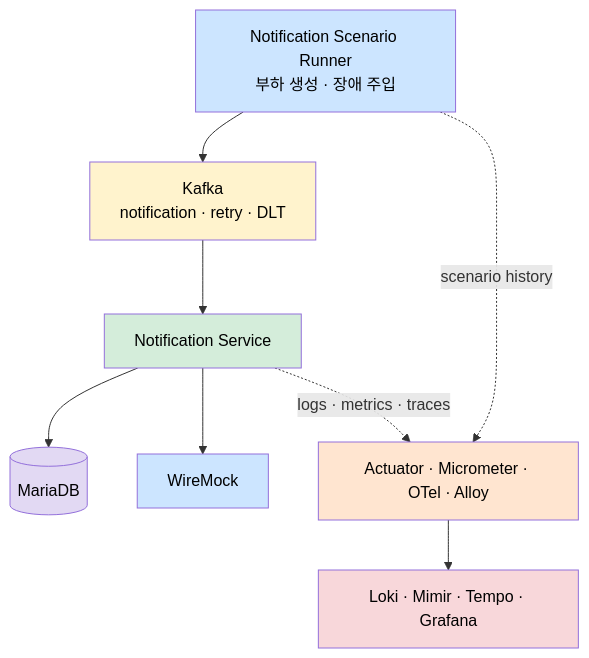
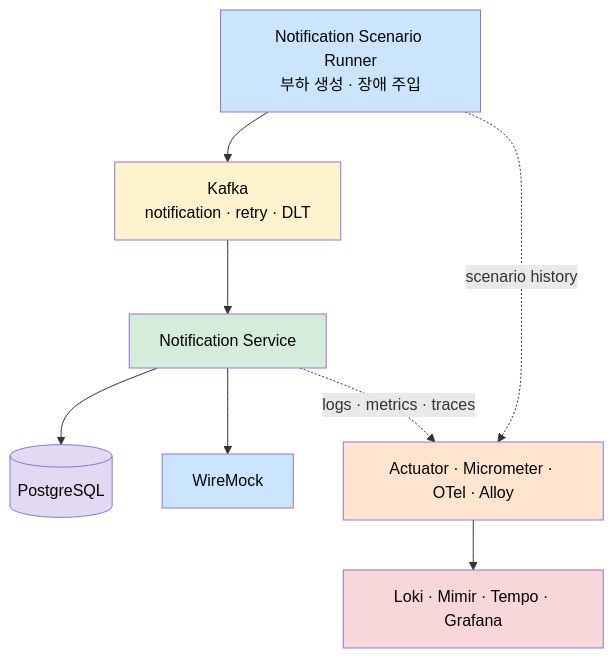
One commit to scofe97/notification-lab changed the first of 8 diagrams in observability/docs/01-architecture.md. Above: the diagram before and after it, drawn with Mermaid. The commit also changed other lines of this file and 2 other files, not shown here.

First line of the commit message:
docs: 관측 스터디 계획 — DB를 PostgreSQL로 통일, 주차별 아키텍처 설명·관측 키워드 추가

````diff
--- a/observability/docs/01-architecture.md
+++ b/observability/docs/01-architecture.md
@@ -7,22 +7,22 @@
 ```mermaid
 flowchart TB
     SR["Notification Scenario Runner<br/>부하 생성 · 장애 주입"]
     K["Kafka<br/>notification · retry · DLT"]
     APP["Notification Service"]
-    DB[("MariaDB")]
+    DB[("PostgreSQL")]
     EXT["WireMock"]
     OBS["Actuator · Micrometer · OTel · Alloy"]
     LGMT["Loki · Mimir · Tempo · Grafana"]
     SR --> K --> APP
     APP --> DB
     APP --> EXT
     SR -. "scenario history" .-> OBS
     APP -. "logs · metrics · traces" .-> OBS --> LGMT
     style SR fill:#cce5ff,color:#000
     style K fill:#fff3cd,color:#000
     style APP fill:#d4edda,color:#000
     style DB fill:#e2d9f3,color:#000
     style EXT fill:#cce5ff,color:#000
     style OBS fill:#ffe5d0,color:#000
     style LGMT fill:#f8d7da,color:#000
 ```
````
